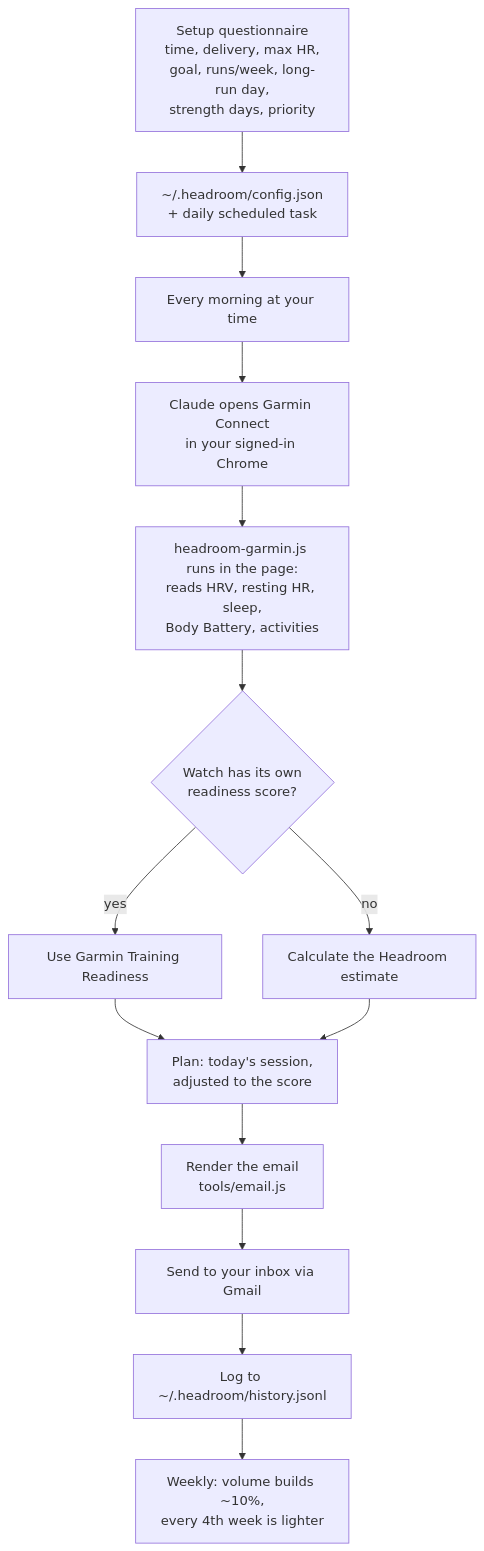
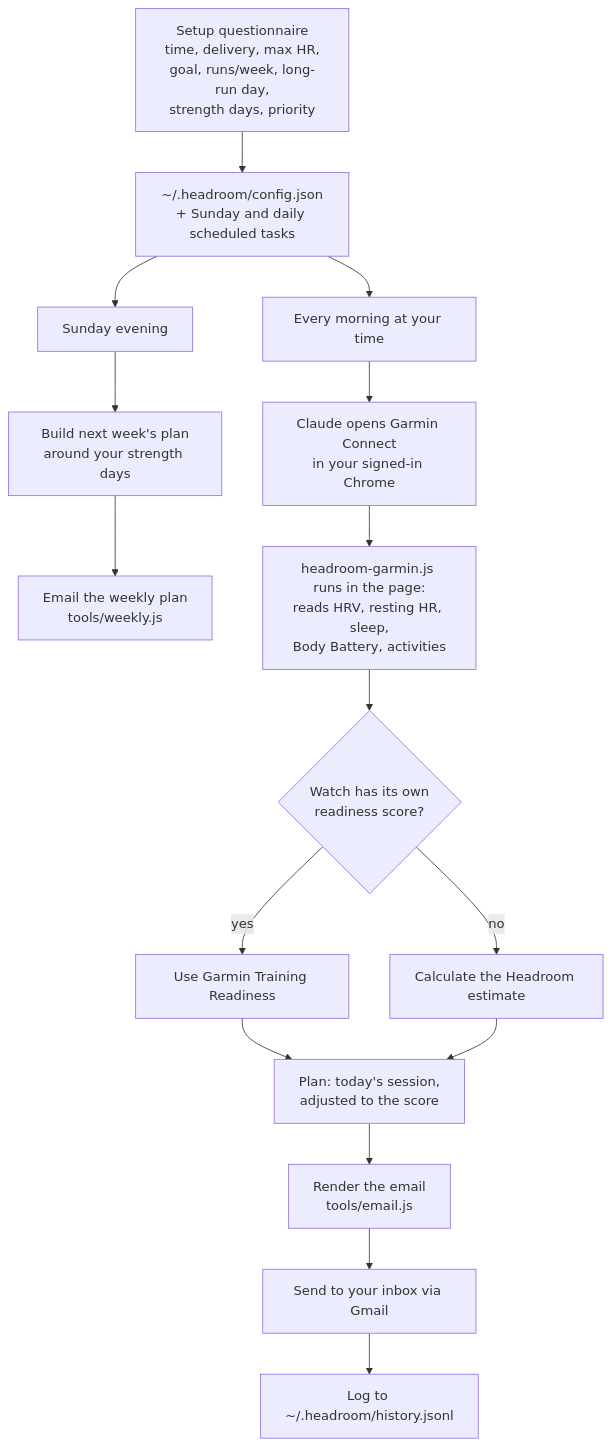
Before and after one commit to raghuveer4b5-spec/headroom: the diagram in README.md, drawn with Mermaid. The commit also changed other lines of this file and 10 other files, not shown here.

First line of the commit message:
Add the Sunday plan email and lead the README with it

````diff
--- a/README.md
+++ b/README.md
@@ -38,16 +42,18 @@
 ```mermaid
 flowchart TD
-    A[Setup questionnaire<br/>time, delivery, max HR,<br/>goal, runs/week, long-run day,<br/>strength days, priority] --> B[~/.headroom/config.json<br/>+ daily scheduled task]
+    A[Setup questionnaire<br/>time, delivery, max HR,<br/>goal, runs/week, long-run day,<br/>strength days, priority] --> B[~/.headroom/config.json<br/>+ Sunday and daily scheduled tasks]
+    B --> W[Sunday evening]
+    W --> X[Build next week's plan<br/>around your strength days]
+    X --> Y[Email the weekly plan<br/>tools/weekly.js]
     B --> C[Every morning at your time]
     C --> D[Claude opens Garmin Connect<br/>in your signed-in Chrome]
     D --> E[headroom-garmin.js runs in the page:<br/>reads HRV, resting HR, sleep,<br/>Body Battery, activities]
     E --> F{Watch has its own<br/>readiness score?}
     F -- yes --> G[Use Garmin Training Readiness]
     F -- no --> H[Calculate the Headroom estimate]
     G --> I[Plan: today's session,<br/>adjusted to the score]
     H --> I
     I --> J[Render the email<br/>tools/email.js]
     J --> K[Send to your inbox via Gmail]
     K --> L[Log to ~/.headroom/history.jsonl]
-    L --> M[Weekly: volume builds ~10%,<br/>every 4th week is lighter]
 ```
````
